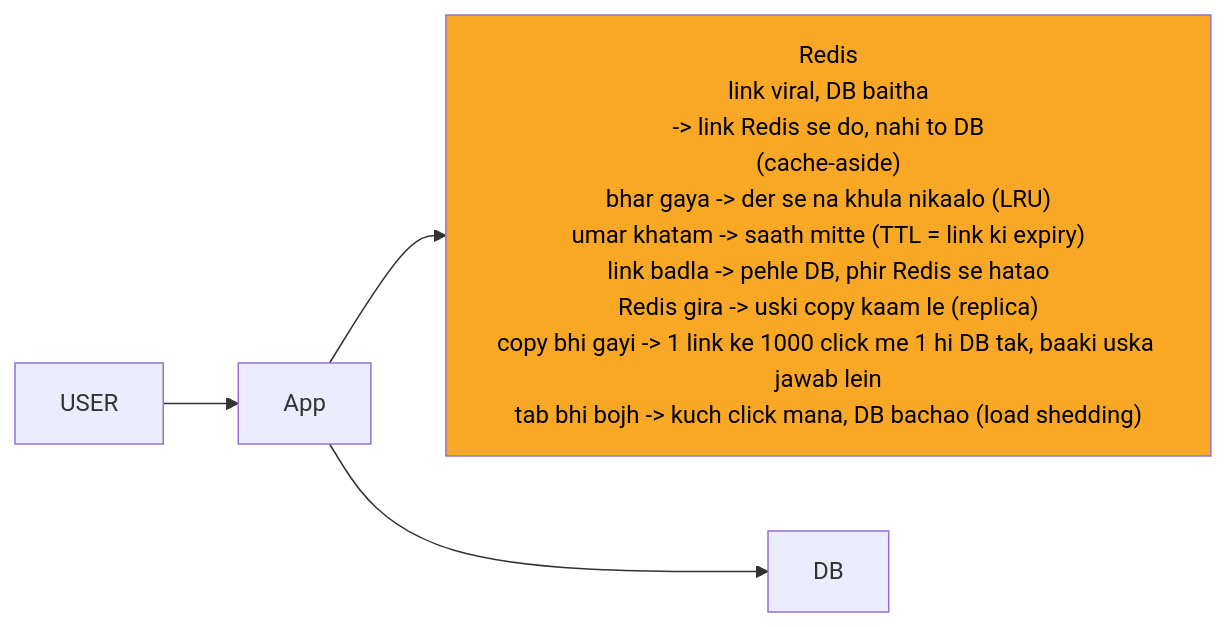
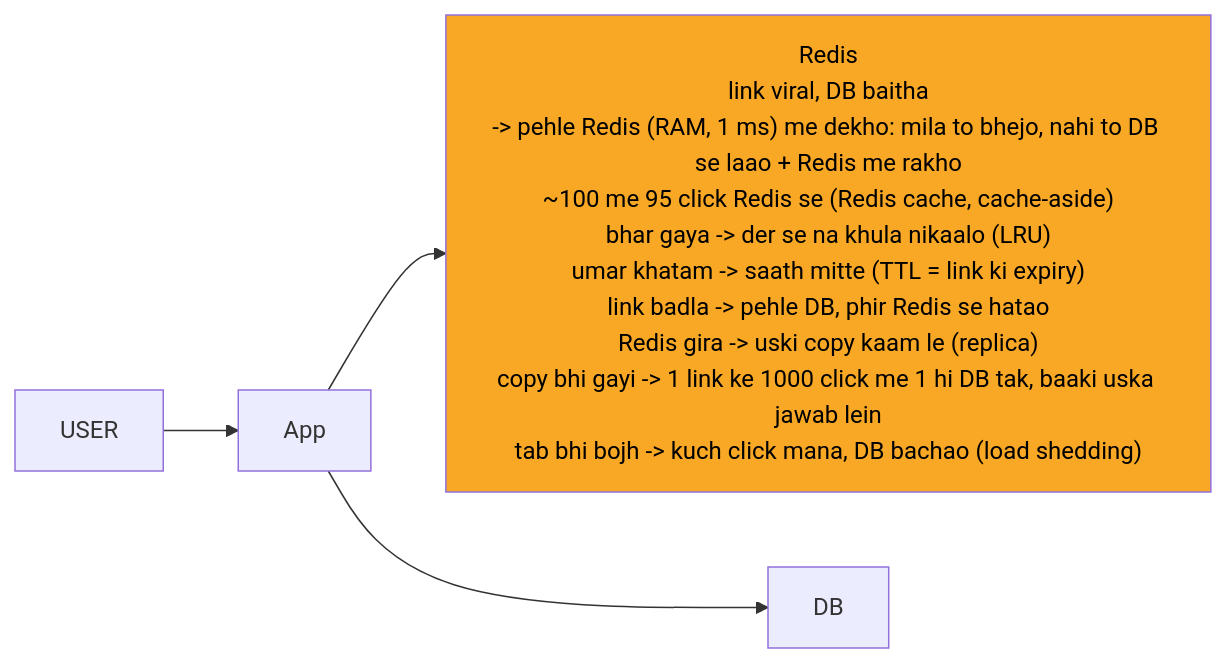
One commit to ArpanMaheshwari144/Prep changed the second of 10 diagrams in 04_HLD/SYSTEM_DESIGNS/01_url_shortener/01_url_shortener.md. Above: the diagram before and after it, drawn with Mermaid. The commit also changed other lines of this file and 13 other files, not shown here.

````diff
--- a/04_HLD/SYSTEM_DESIGNS/01_url_shortener/01_url_shortener.md
+++ b/04_HLD/SYSTEM_DESIGNS/01_url_shortener/01_url_shortener.md
@@ -113,12 +117,12 @@
 ```mermaid
 %%{init: {"flowchart": {"wrappingWidth": 450}}}%%
 flowchart LR
     n_USER["USER"]
     n_App["App"]
-    n_Redis["Redis<br/>link viral, DB baitha<br/>-> link Redis se do, nahi to DB<br/>(cache-aside)<br/>bhar gaya -> der se na khula nikaalo (LRU)<br/>umar khatam -> saath mitte (TTL = link ki expiry)<br/>link badla -> pehle DB, phir Redis se hatao<br/>Redis gira -> uski copy kaam le (replica)<br/>copy bhi gayi -> 1 link ke 1000 click me 1 hi DB tak, baaki uska jawab lein<br/>tab bhi bojh -> kuch click mana, DB bachao (load shedding)"]
+    n_Redis["Redis<br/>link viral, DB baitha<br/>-> pehle Redis (RAM, 1 ms) me dekho: mila to bhejo, nahi to DB se laao + Redis me rakho<br/>~100 me 95 click Redis se (Redis cache, cache-aside)<br/>bhar gaya -> der se na khula nikaalo (LRU)<br/>umar khatam -> saath mitte (TTL = link ki expiry)<br/>link badla -> pehle DB, phir Redis se hatao<br/>Redis gira -> uski copy kaam le (replica)<br/>copy bhi gayi -> 1 link ke 1000 click me 1 hi DB tak, baaki uska jawab lein<br/>tab bhi bojh -> kuch click mana, DB bachao (load shedding)"]
     n_DB["DB"]
     n_USER --> n_App
     n_App --> n_Redis
     n_App --> n_DB
     style n_Redis fill:#f9a825,color:#000
 ```
````
